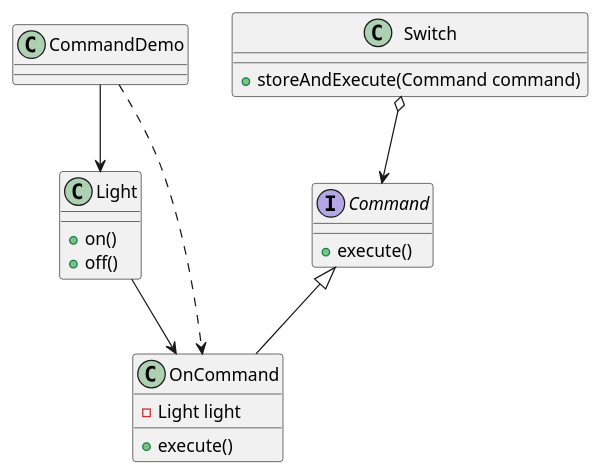
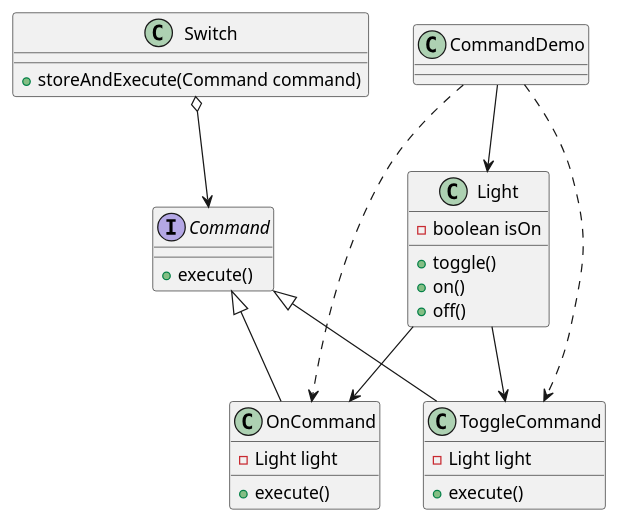
Before and after one commit to iBoukhenna/software-design-masterclass: the diagram in design-patterns/src/main/java/com/example/command/command_demo.puml, drawn with PlantUML. The commit also changed 3 other files, not shown here.

```diff
--- a/design-patterns/src/main/java/com/example/command/command_demo.puml
+++ b/design-patterns/src/main/java/com/example/command/command_demo.puml
@@ -1,29 +1,39 @@
 class CommandDemo {
 }
 
 class Light {
+ - boolean isOn
+ + toggle() 
  + on()
  + off()
 }
 
 class OnCommand {
+ - Light light
+ + execute()
+}
+
+class ToggleCommand {
  - Light light
  + execute()
 }
 
 interface Command {
  + execute()
 }
 
 class Switch {
  + storeAndExecute(Command command)
 }
 
 CommandDemo --> Light
 CommandDemo ..> OnCommand
+CommandDemo ..> ToggleCommand
 
 Light --> OnCommand
+Light --> ToggleCommand
 
 Command <|-- OnCommand
+Command <|-- ToggleCommand
 
 Switch o--> Command 
```
